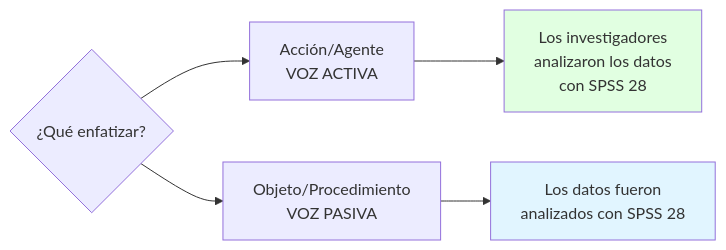
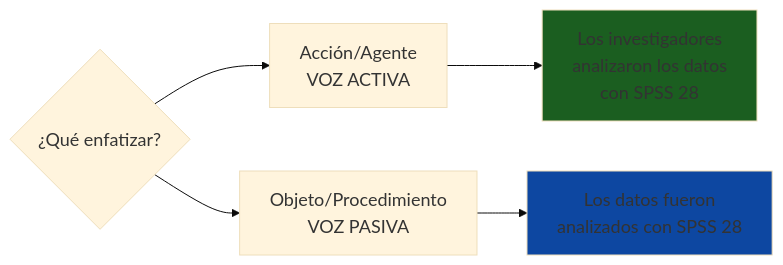
The seventh of 13 diagrams in courses/🟡-development/FPUNA-2026/05-INVESTIGACION-ACADEMIA/04-redaccion-academica.md (Ai-Whisperers/Courses-Content), drawn with Mermaid before and after one commit. The commit also changed other lines of this file and 47 other files, not shown here.

First line of the commit message:
fix: Make all 473 diagrams WCAG AAA accessible (FPUNA-2026)

````diff
--- a/courses/🟡-development/FPUNA-2026/05-INVESTIGACION-ACADEMIA/04-redaccion-academica.md
+++ b/courses/🟡-development/FPUNA-2026/05-INVESTIGACION-ACADEMIA/04-redaccion-academica.md
@@ -304,11 +310,12 @@
 ```mermaid
+%%{init: {'theme':'base', 'themeVariables': {'fontSize':'18px'}}}%%
 graph LR
     A{¿Qué enfatizar?} --> B[Acción/Agente<br/>VOZ ACTIVA]
     A --> C[Objeto/Procedimiento<br/>VOZ PASIVA]
     
     B --> B1["Los investigadores<br/>analizaron los datos<br/>con SPSS 28"]
     C --> C1["Los datos fueron<br/>analizados con SPSS 28"]
     
-    style B1 fill:#E1FFE1
-    style C1 fill:#E1F5FF
+    style B1 fill:#1b5e20
+    style C1 fill:#0d47a1
 ```
````
